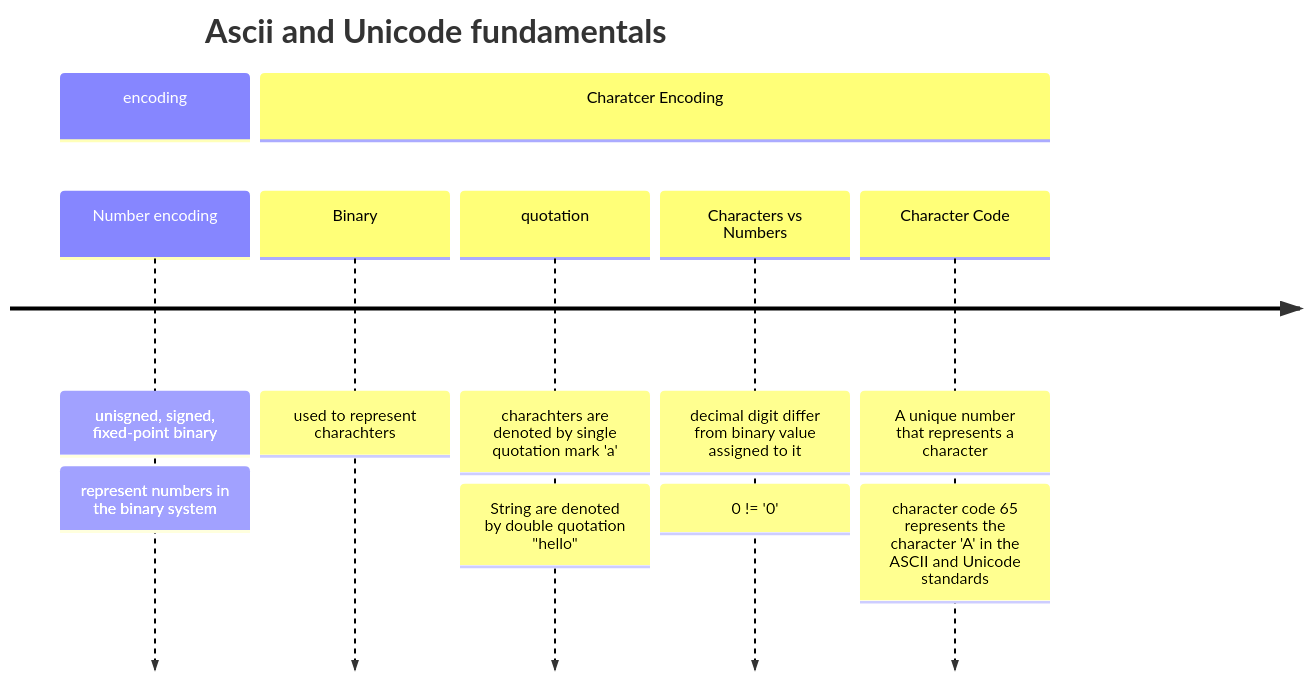
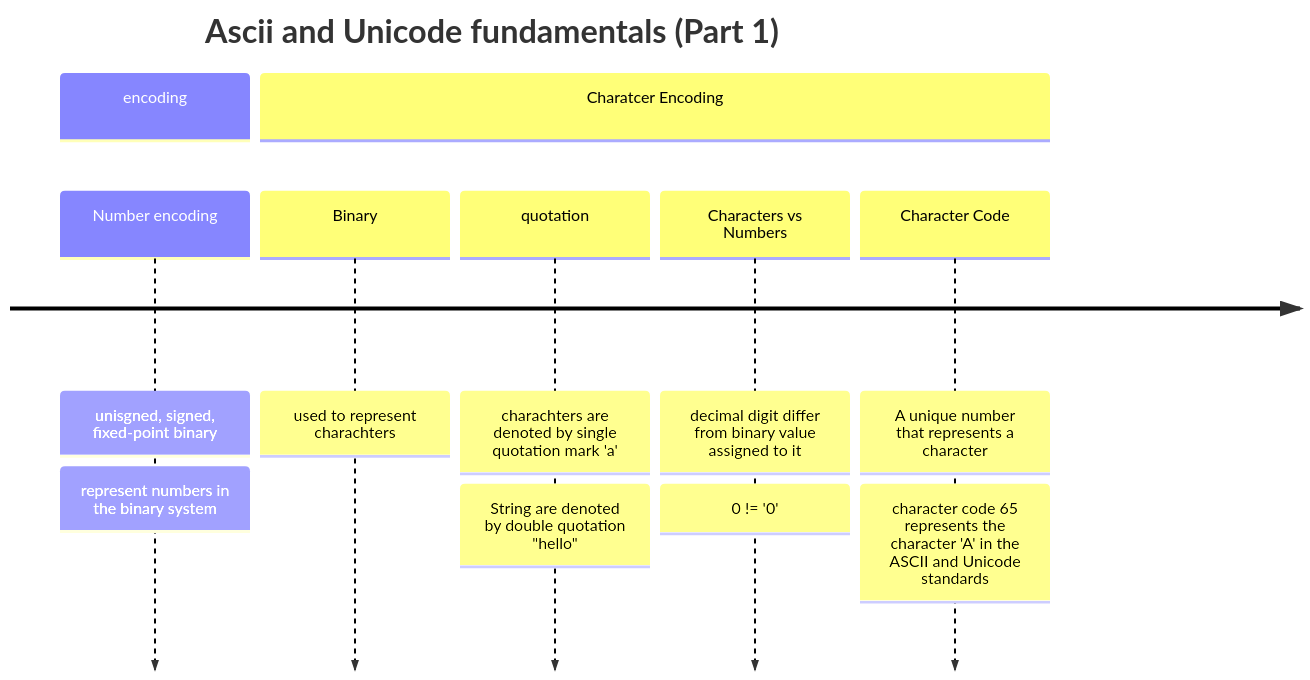
Before and after one commit to Marius-PA/ComputerScienceNotes: the first of 2 diagrams in 2023_Notes/week06-12_november/ascii_and_unicode.md, drawn with Mermaid. The commit also changed other lines of this file, not shown here.

````diff
--- a/2023_Notes/week06-12_november/ascii_and_unicode.md
+++ b/2023_Notes/week06-12_november/ascii_and_unicode.md
@@ -54,14 +1,14 @@
 ```mermaid
 timeline
-    title Ascii and Unicode fundamentals
+    title Ascii and Unicode fundamentals (Part 1)
         section encoding
             Number encoding : unisgned, signed, fixed-point binary
                             : represent numbers in the binary system
             section Charatcer Encoding
                             Binary : used to represent charachters
                             quotation : charachters are denoted by single quotation mark 'a'
                                     : String are denoted by double quotation "hello"
                             Characters vs Numbers : decimal digit differ from binary value  assigned to it : 0 != '0'
                             Character Code : A unique number that represents a character : character code 65 represents the character 'A' in the ASCII and Unicode standards
 
 ```
````
